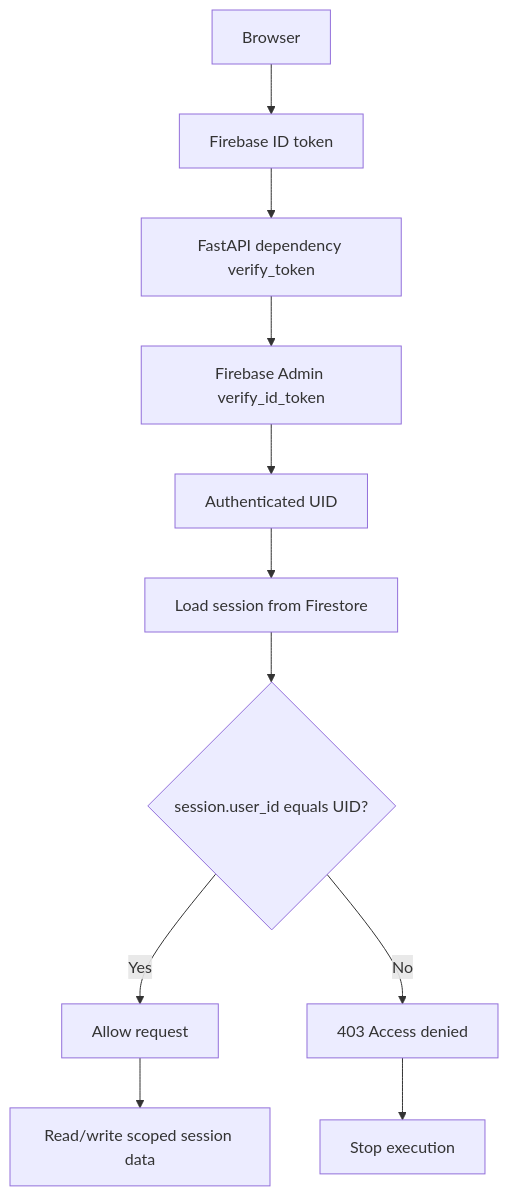
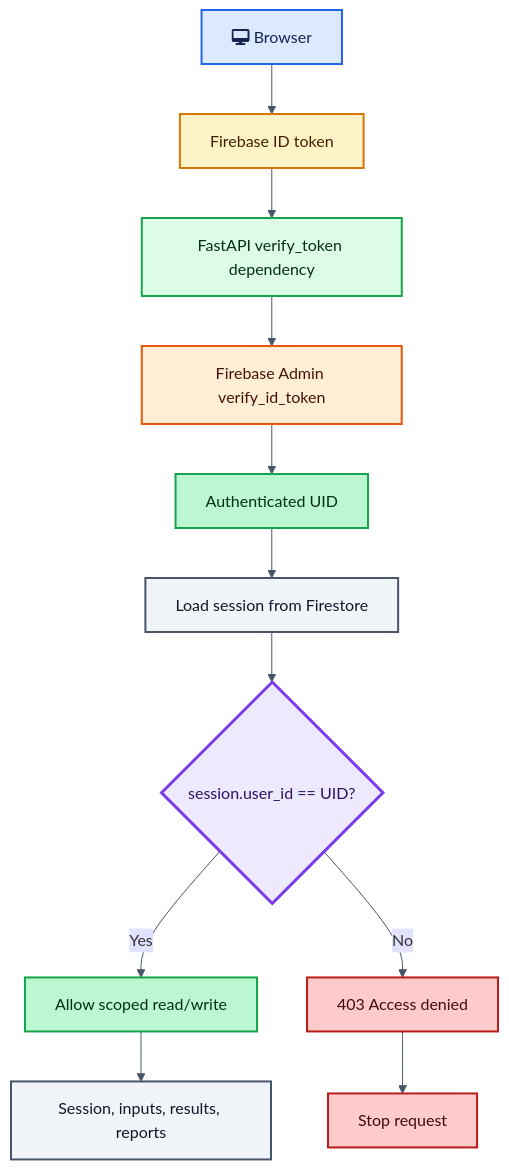
One commit to HeetRanpura/NIV-AI changed diagram 13 of 15 in README.md. Above: the diagram before and after it, drawn with Mermaid. The commit also changed other lines of this file, not shown here.

Commit message:
Refine README diagrams and cost model

````diff
--- a/README.md
+++ b/README.md
@@ -709,15 +1254,25 @@
 ```mermaid
+%%{init: {"theme":"base","themeVariables":{"primaryColor":"#fee2e2","primaryBorderColor":"#dc2626","lineColor":"#475569","fontFamily":"Inter, Arial"}}}%%
 flowchart TD
-    Browser["Browser"] --> Token["Firebase ID token"]
-    Token --> API["FastAPI dependency verify_token"]
-    API --> Admin["Firebase Admin verify_id_token"]
-    Admin --> UID["Authenticated UID"]
+    Browser["fa:fa-desktop Browser"]:::client --> Token["Firebase ID token"]:::auth
+    Token --> Verify["FastAPI verify_token dependency"]:::api
+    Verify --> Admin["Firebase Admin verify_id_token"]:::firebase
+    Admin --> UID["Authenticated UID"]:::safe
 
-    UID --> SessionCheck["Load session from Firestore"]
-    SessionCheck --> Owner{"session.user_id equals UID?"}
-    Owner -- "Yes" --> Allow["Allow request"]
-    Owner -- "No" --> Deny["403 Access denied"]
+    UID --> Session["Load session from Firestore"]:::data
+    Session --> Owner{"session.user_id == UID?"}:::decision
+    Owner -- "Yes" --> Allow["Allow scoped read/write"]:::safe
+    Owner -- "No" --> Deny["403 Access denied"]:::deny
 
-    Allow --> Data["Read/write scoped session data"]
-    Deny --> Stop["Stop execution"]
+    Allow --> Data["Session, inputs, results, reports"]:::data
+    Deny --> Stop["Stop request"]:::deny
+
+    classDef client fill:#dbeafe,stroke:#2563eb,stroke-width:2px,color:#172554;
+    classDef auth fill:#fef3c7,stroke:#d97706,stroke-width:2px,color:#422006;
+    classDef api fill:#dcfce7,stroke:#16a34a,stroke-width:2px,color:#052e16;
+    classDef firebase fill:#ffedd5,stroke:#ea580c,stroke-width:2px,color:#431407;
+    classDef safe fill:#bbf7d0,stroke:#16a34a,stroke-width:2px,color:#052e16;
+    classDef data fill:#f1f5f9,stroke:#475569,stroke-width:2px,color:#0f172a;
+    classDef decision fill:#ede9fe,stroke:#7c3aed,stroke-width:3px,color:#2e1065;
+    classDef deny fill:#fecaca,stroke:#b91c1c,stroke-width:2px,color:#450a0a;
 ```
````
